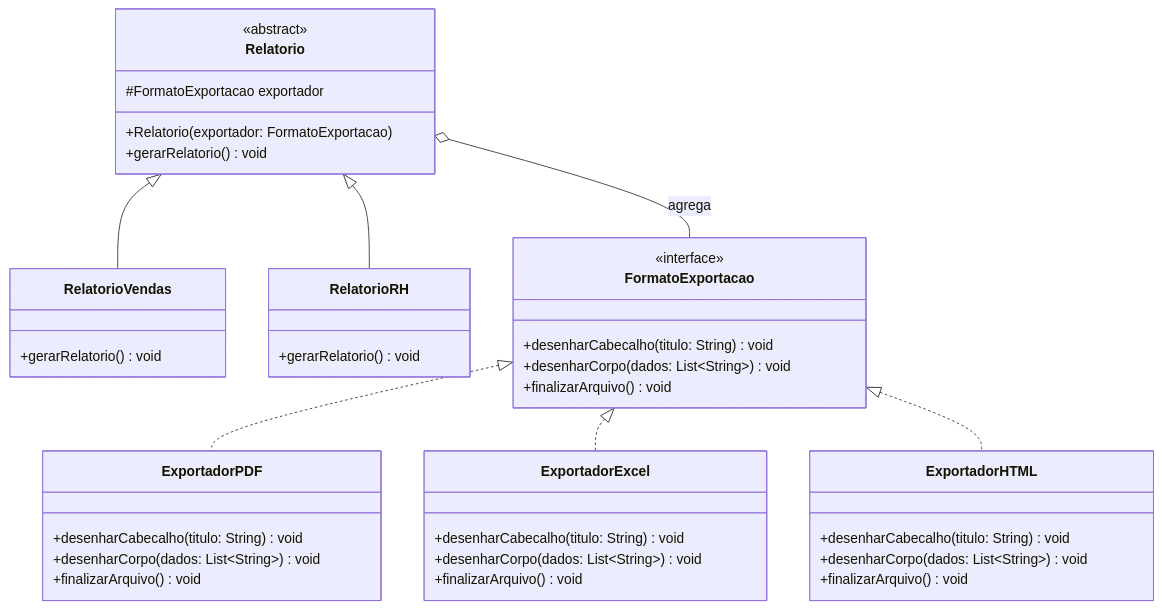
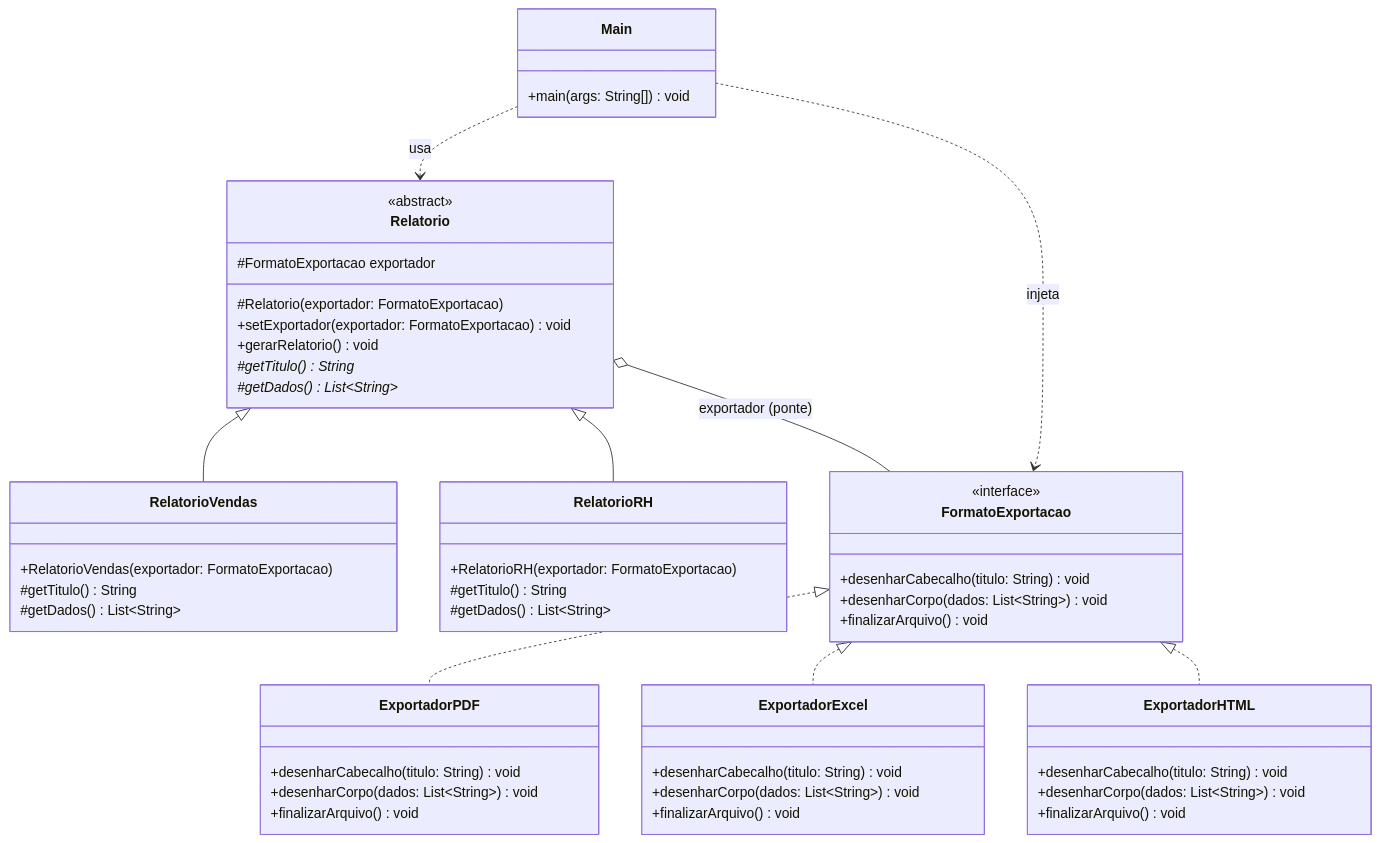
One commit to fatec-school/aula_bridge_170926 changed the first of 2 diagrams in README.md. Above: the diagram before and after it, drawn with Mermaid. The commit also changed other lines of this file and 9 other files, not shown here.

````diff
--- a/README.md
+++ b/README.md
@@ -5,50 +100,63 @@
 ```mermaid
 classDiagram
 
     class Relatorio {
         <<abstract>>
         #FormatoExportacao exportador
-        +Relatorio(exportador: FormatoExportacao)
+        #Relatorio(exportador: FormatoExportacao)
+        +setExportador(exportador: FormatoExportacao) void
         +gerarRelatorio() void
+        #getTitulo()* String
+        #getDados()* List~String~
     }
 
     class RelatorioVendas {
-        +gerarRelatorio() void
+        +RelatorioVendas(exportador: FormatoExportacao)
+        #getTitulo() String
+        #getDados() List~String~
     }
 
     class RelatorioRH {
-        +gerarRelatorio() void
+        +RelatorioRH(exportador: FormatoExportacao)
+        #getTitulo() String
+        #getDados() List~String~
     }
 
     class FormatoExportacao {
         <<interface>>
         +desenharCabecalho(titulo: String) void
         +desenharCorpo(dados: List~String~) void
         +finalizarArquivo() void
     }
 
     class ExportadorPDF {
         +desenharCabecalho(titulo: String) void
         +desenharCorpo(dados: List~String~) void
         +finalizarArquivo() void
     }
 
     class ExportadorExcel {
         +desenharCabecalho(titulo: String) void
         +desenharCorpo(dados: List~String~) void
         +finalizarArquivo() void
     }
 
     class ExportadorHTML {
         +desenharCabecalho(titulo: String) void
         +desenharCorpo(dados: List~String~) void
         +finalizarArquivo() void
     }
 
+    class Main {
+        +main(args: String[]) void
+    }
+
     Relatorio <|-- RelatorioVendas
     Relatorio <|-- RelatorioRH
-    Relatorio o-- FormatoExportacao : agrega
+    Relatorio o-- FormatoExportacao : exportador (ponte)
     FormatoExportacao <|.. ExportadorPDF
     FormatoExportacao <|.. ExportadorExcel
     FormatoExportacao <|.. ExportadorHTML
+    Main ..> Relatorio : usa
+    Main ..> FormatoExportacao : injeta
 ```
````
